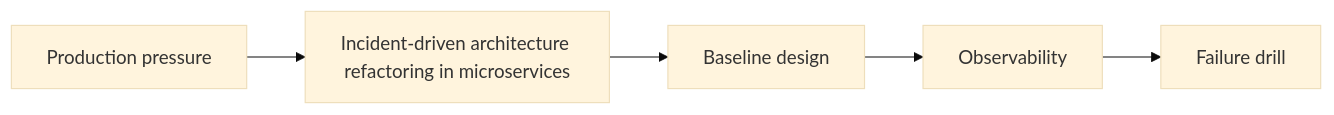
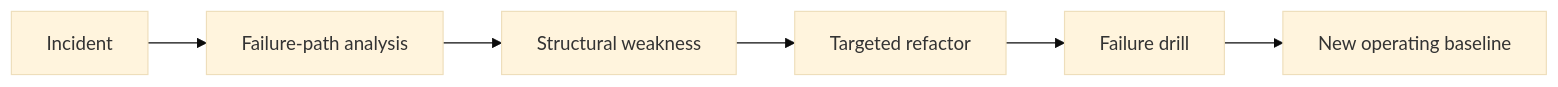
Before and after one commit to sandeepbhardwaj/sandeepbhardwaj.github.io: the diagram in _posts/2026-08-12-microservices-incident-driven-refactoring-part-1.md, drawn with Mermaid (base theme). The commit also changed other lines of this file and 113 other files, not shown here.

````diff
--- a/_posts/2026-08-12-microservices-incident-driven-refactoring-part-1.md
+++ b/_posts/2026-08-12-microservices-incident-driven-refactoring-part-1.md
@@ -57,7 +89,8 @@
 ```mermaid
 flowchart LR
-    A[Production pressure] --> B[Incident-driven architecture refactoring in microservices]
-    B --> C[Baseline design]
-    C --> D[Observability]
-    D --> E[Failure drill]
+    I[Incident] --> A[Failure-path analysis]
+    A --> B[Structural weakness]
+    B --> C[Targeted refactor]
+    C --> D[Failure drill]
+    D --> E[New operating baseline]
 ```
````
